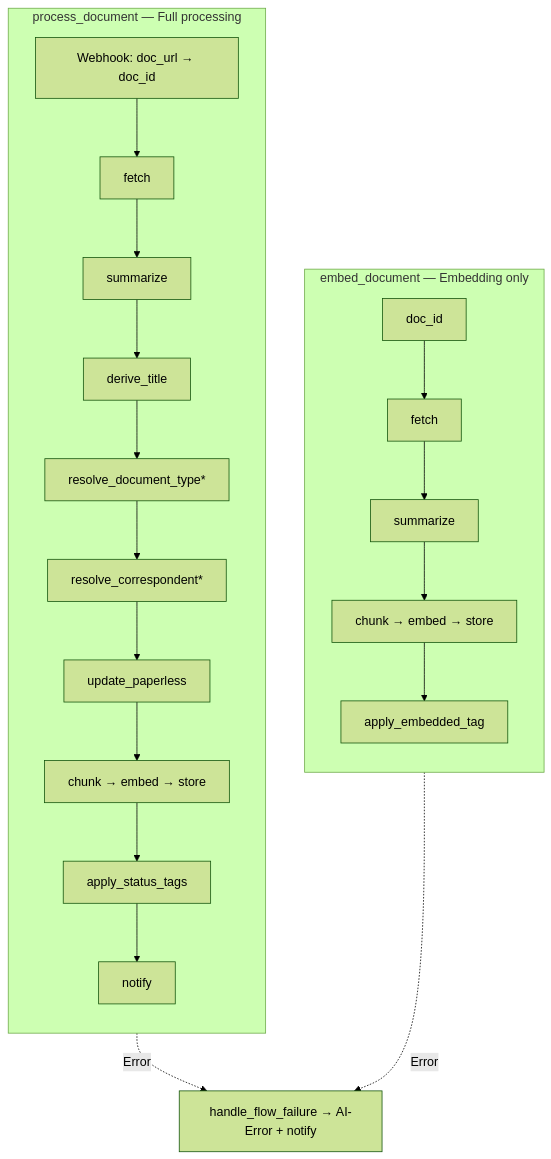
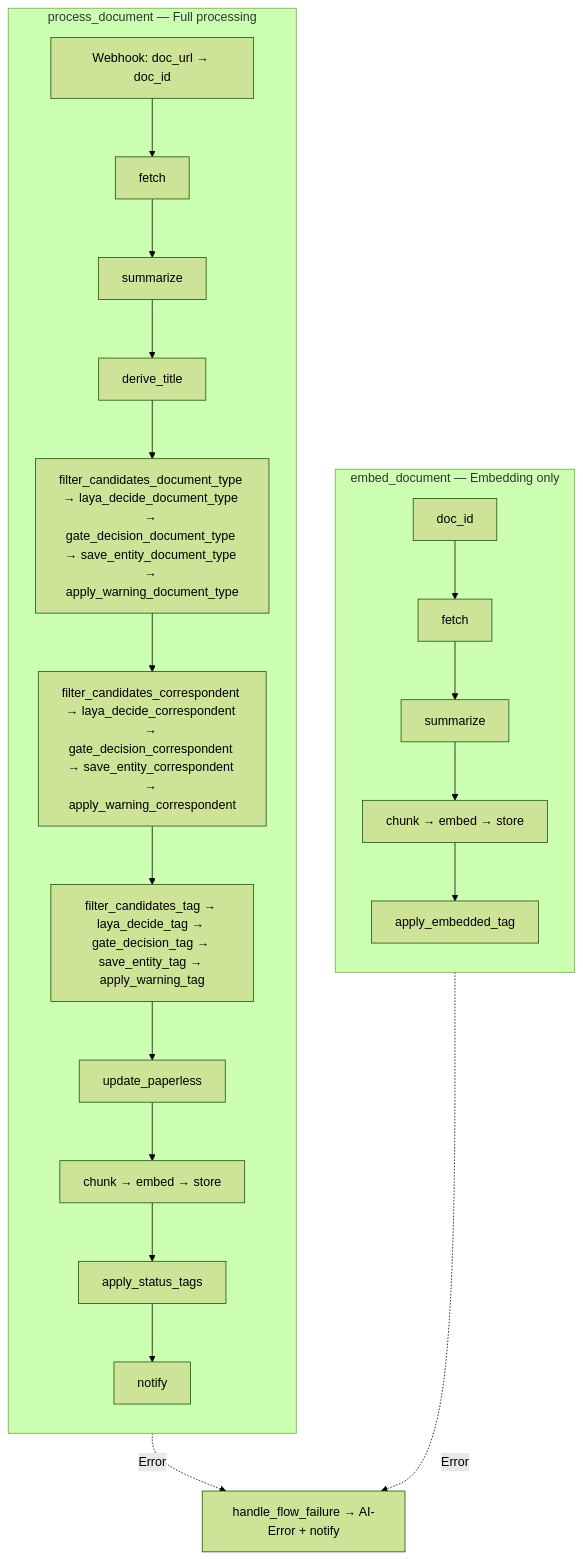
One commit to whoppercheese/paperless-chain changed the diagram in docs/flows.md. Above: the diagram before and after it, drawn with Mermaid (forest theme). The commit also changed other lines of this file and 16 other files, not shown here.

````diff
--- a/docs/flows.md
+++ b/docs/flows.md
@@ -7,26 +7,27 @@
 ```mermaid
 flowchart TB
   subgraph process ["process_document — Full processing"]
     direction TB
     P1["Webhook: doc_url → doc_id"] --> P2["fetch"]
     P2 --> P3["summarize"]
     P3 --> P4["derive_title"]
-    P4 --> P5["resolve_document_type*"]
-    P5 --> P6["resolve_correspondent*"]
-    P6 --> P7["update_paperless"]
-    P7 --> P8["chunk → embed → store"]
-    P8 --> P9["apply_status_tags"]
-    P9 --> P10["notify"]
+    P4 --> P5["filter_candidates_document_type → laya_decide_document_type → gate_decision_document_type → save_entity_document_type → apply_warning_document_type"]
+    P5 --> P6["filter_candidates_correspondent → laya_decide_correspondent → gate_decision_correspondent → save_entity_correspondent → apply_warning_correspondent"]
+    P6 --> P7["filter_candidates_tag → laya_decide_tag → gate_decision_tag → save_entity_tag → apply_warning_tag"]
+    P7 --> P8["update_paperless"]
+    P8 --> P9["chunk → embed → store"]
+    P9 --> P10["apply_status_tags"]
+    P10 --> P11["notify"]
   end
 
   subgraph embed ["embed_document — Embedding only"]
     direction TB
     E1["doc_id"] --> E2["fetch"]
     E2 --> E3["summarize"]
     E3 --> E4["chunk → embed → store"]
     E4 --> E5["apply_embedded_tag"]
   end
 
   process -.->|"Error"| Fail["handle_flow_failure → AI-Error + notify"]
   embed -.->|"Error"| Fail
 ```
````
